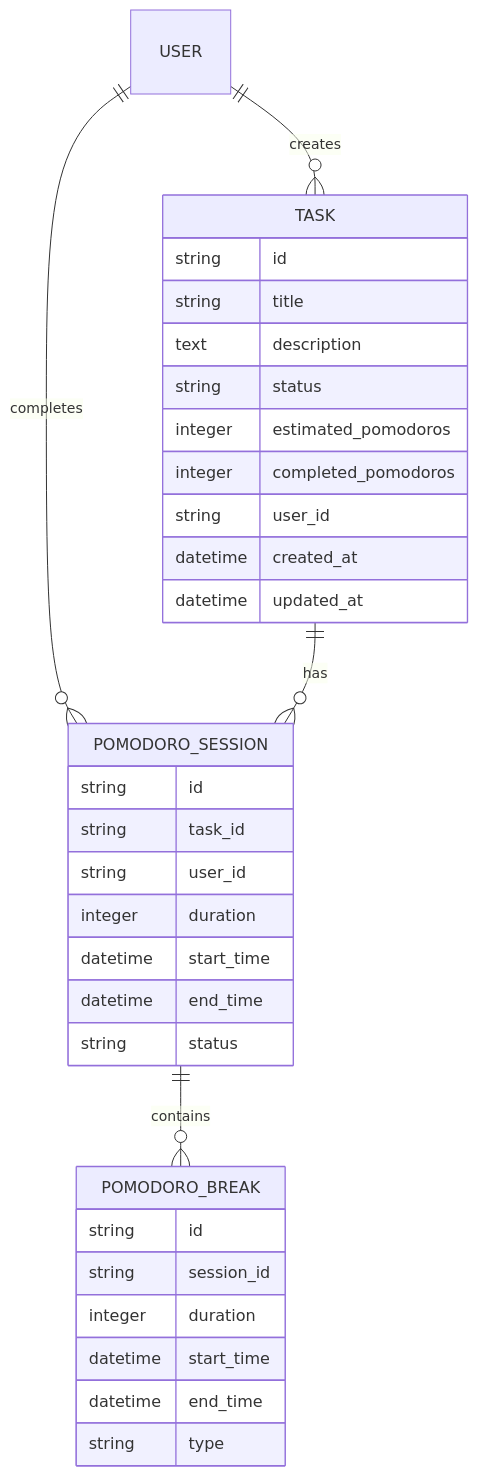
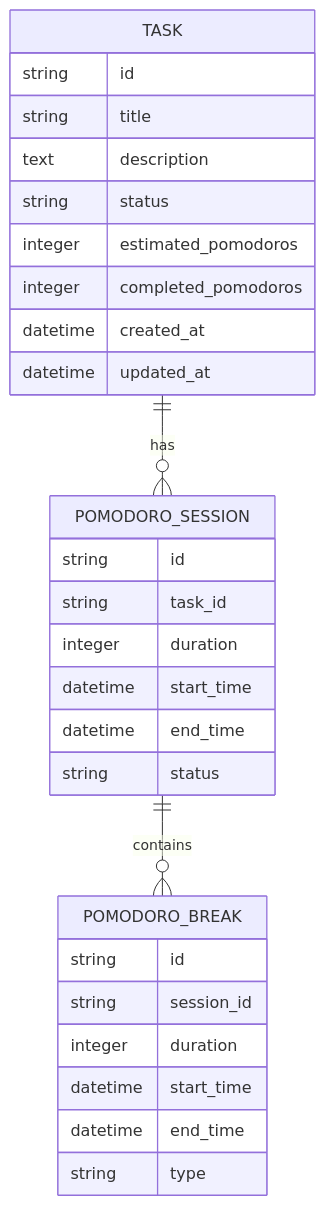
One commit to klsio22/zen-focos changed the first of 2 diagrams in project-description.md. Above: the diagram before and after it, drawn with Mermaid. The commit also changed other lines of this file, not shown here.

Commit message:
feat: simplify ER diagram and update endpoints to local mode

````diff
--- a/project-description.md
+++ b/project-description.md
@@ -65,40 +65,36 @@
 ```mermaid
 erDiagram
-    USER ||--o{ TASK : creates
-    USER ||--o{ POMODORO_SESSION : completes
     TASK ||--o{ POMODORO_SESSION : has
     POMODORO_SESSION ||--o{ POMODORO_BREAK : contains
 
-    %% This project can run in local mode without users; user entity omitted for local setups
-    
+    %% Local mode: no users. Entities simplified for local/in-memory usage.
+
     TASK {
         string id
         string title
         text description
         string status
         integer estimated_pomodoros
         integer completed_pomodoros
-        string user_id
         datetime created_at
         datetime updated_at
     }
-    
+
     POMODORO_SESSION {
         string id
         string task_id
-        string user_id
         integer duration
         datetime start_time
         datetime end_time
         string status
     }
-    
+
     POMODORO_BREAK {
         string id
         string session_id
         integer duration
         datetime start_time
         datetime end_time
         string type
     }
 ```
````
